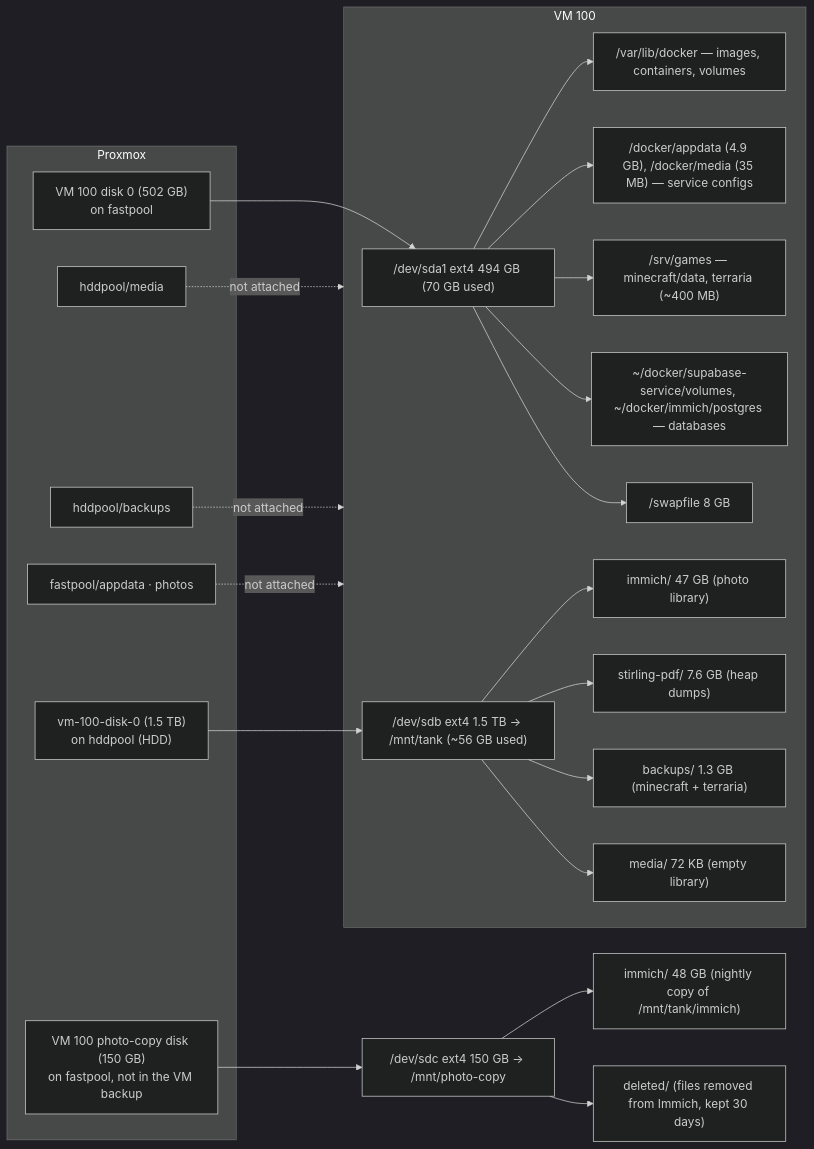
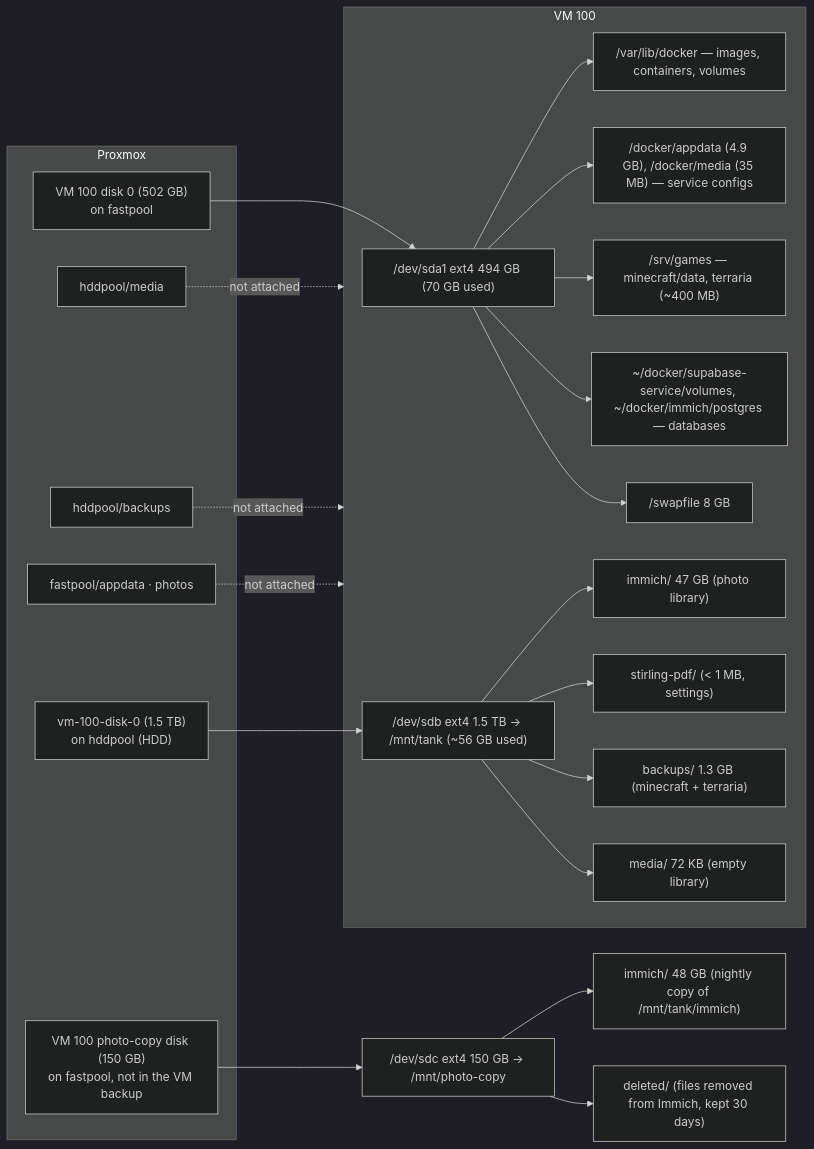
The second of 2 diagrams in architecture/host-and-vm.md (BigBoiToasty/homelab-docs), drawn with Mermaid (dark theme) before and after one commit. The commit also changed other lines of this file and 8 other files, not shown here.

First line of the commit message:
docs: one Playit agent, Stirling heap dumps off, Docker log rotation

````diff
--- a/architecture/host-and-vm.md
+++ b/architecture/host-and-vm.md
@@ -120,33 +120,33 @@
 ```mermaid
 flowchart LR
     subgraph PVE["Proxmox"]
         A["VM 100 disk 0 (502 GB)<br/>on fastpool"]
         B["vm-100-disk-0 (1.5 TB)<br/>on hddpool (HDD)"]
         E["hddpool/media"]
         F["hddpool/backups"]
         P["VM 100 photo-copy disk (150 GB)<br/>on fastpool, not in the VM backup"]
         C["fastpool/appdata · photos"]
     end
     subgraph VM["VM 100"]
         SDA["/dev/sda1 ext4 494 GB (70 GB used)"]
         SDA --> R1["/var/lib/docker — images, containers, volumes"]
         SDA --> R2["/docker/appdata (4.9 GB), /docker/media (35 MB) — service configs"]
         SDA --> R3["/srv/games — minecraft/data, terraria (~400 MB)"]
         SDA --> R4["~/docker/supabase-service/volumes, ~/docker/immich/postgres — databases"]
         SDA --> R5["/swapfile 8 GB"]
         SDB["/dev/sdb ext4 1.5 TB → /mnt/tank (~56 GB used)"]
         SDB --> T1["immich/ 47 GB (photo library)"]
-        SDB --> T2["stirling-pdf/ 7.6 GB (heap dumps)"]
+        SDB --> T2["stirling-pdf/ (< 1 MB, settings)"]
         SDB --> T3["backups/ 1.3 GB (minecraft + terraria)"]
         SDB --> T4["media/ 72 KB (empty library)"]
     end
         SDC["/dev/sdc ext4 150 GB → /mnt/photo-copy"]
         SDC --> U1["immich/ 48 GB (nightly copy of /mnt/tank/immich)"]
         SDC --> U2["deleted/ (files removed from Immich, kept 30 days)"]
     A --> SDA
     B --> SDB
     P --> SDC
     E -. "not attached" .-> VM
     F -. "not attached" .-> VM
     C -. "not attached" .-> VM
 ```
````
